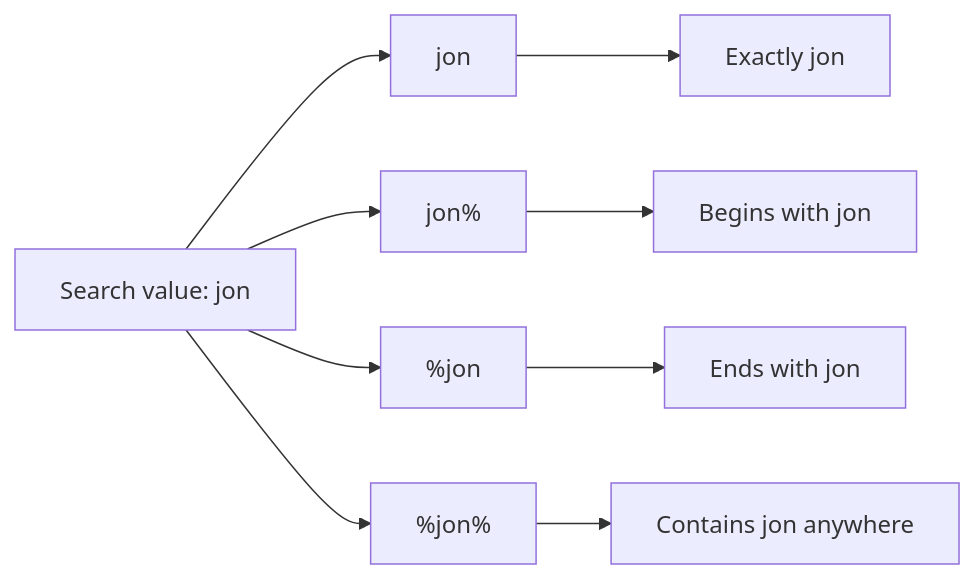
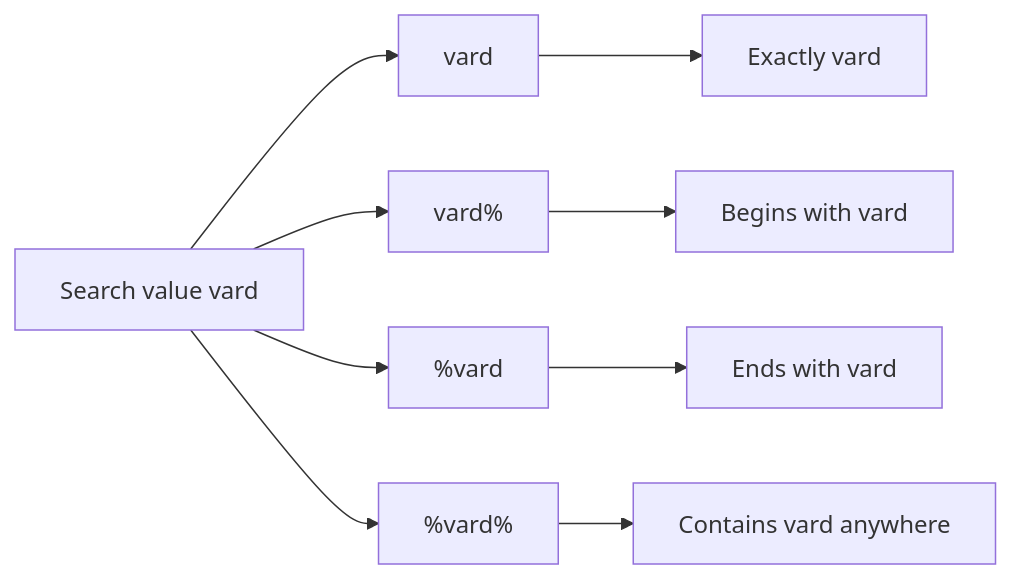
Before and after one commit to Rokiis1/Teaching-Materia: the second of 2 diagrams in docs/en/express/database_integration/2_level/2_level_database_integration.md, drawn with Mermaid. The commit also changed other lines of this file, not shown here.

````diff
--- a/docs/en/express/database_integration/2_level/2_level_database_integration.md
+++ b/docs/en/express/database_integration/2_level/2_level_database_integration.md
@@ -301,12 +320,12 @@
 ```mermaid
 flowchart LR
-    A["Search value: jon"] --> B["jon"]
-    A --> C["jon%"]
-    A --> D["%jon"]
-    A --> E["%jon%"]
+    A["Search value vard"] --> B["vard"]
+    A --> C["vard%"]
+    A --> D["%vard"]
+    A --> E["%vard%"]
 
-    B --> B1["Exactly jon"]
-    C --> C1["Begins with jon"]
-    D --> D1["Ends with jon"]
-    E --> E1["Contains jon anywhere"]
+    B --> F["Exactly vard"]
+    C --> G["Begins with vard"]
+    D --> H["Ends with vard"]
+    E --> I["Contains vard anywhere"]
 ```
````
